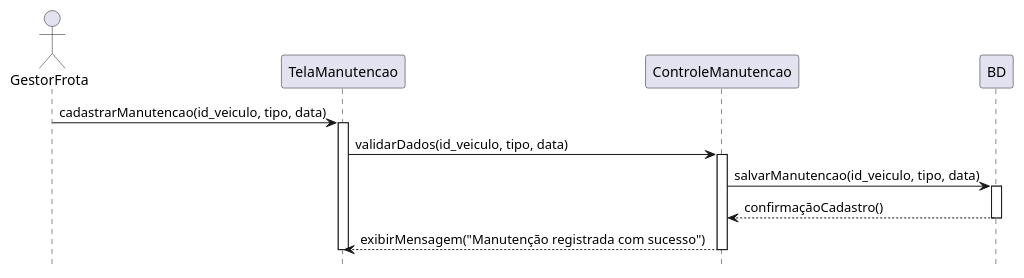
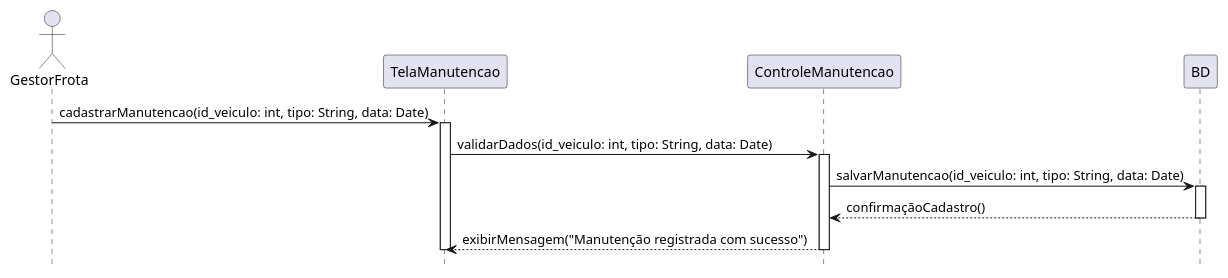
One commit to Pollyanadias/Sistema-de-Gerenciamento-de-Frotas changed the diagram in Gerenciamento de Frotas/Diagramas de Sequencias/Gerenciar Manutenção.iuml. Above: the diagram before and after it, drawn with PlantUML.

Commit message:
Update Gerenciar Manutenção.iuml

```diff
--- a/Gerenciamento de Frotas/Diagramas de Sequencias/Gerenciar Manutenção.iuml
+++ b/Gerenciamento de Frotas/Diagramas de Sequencias/Gerenciar Manutenção.iuml
@@ -1,25 +1,25 @@
 @startuml "Gerenciar Manutenção"
 hide footbox
 
 actor GestorFrota as gestor_ator
 participant TelaManutencao as tela_manutencao
 participant ControleManutencao as controle_manutencao
 participant BD as bd
 
-gestor_ator -> tela_manutencao: cadastrarManutencao(id_veiculo, tipo, data)
+gestor_ator -> tela_manutencao: cadastrarManutencao(id_veiculo: int, tipo: String, data: Date)
 activate tela_manutencao
 
-tela_manutencao -> controle_manutencao: validarDados(id_veiculo, tipo, data)
+tela_manutencao -> controle_manutencao: validarDados(id_veiculo: int, tipo: String, data: Date)
 activate controle_manutencao
 
-controle_manutencao -> bd: salvarManutencao(id_veiculo, tipo, data)
+controle_manutencao -> bd: salvarManutencao(id_veiculo: int, tipo: String, data: Date)
 activate bd
 
 bd --> controle_manutencao: confirmaçãoCadastro()
 deactivate bd
 
 controle_manutencao --> tela_manutencao: exibirMensagem("Manutenção registrada com sucesso")
 deactivate controle_manutencao
 
 deactivate tela_manutencao
 @enduml
```
